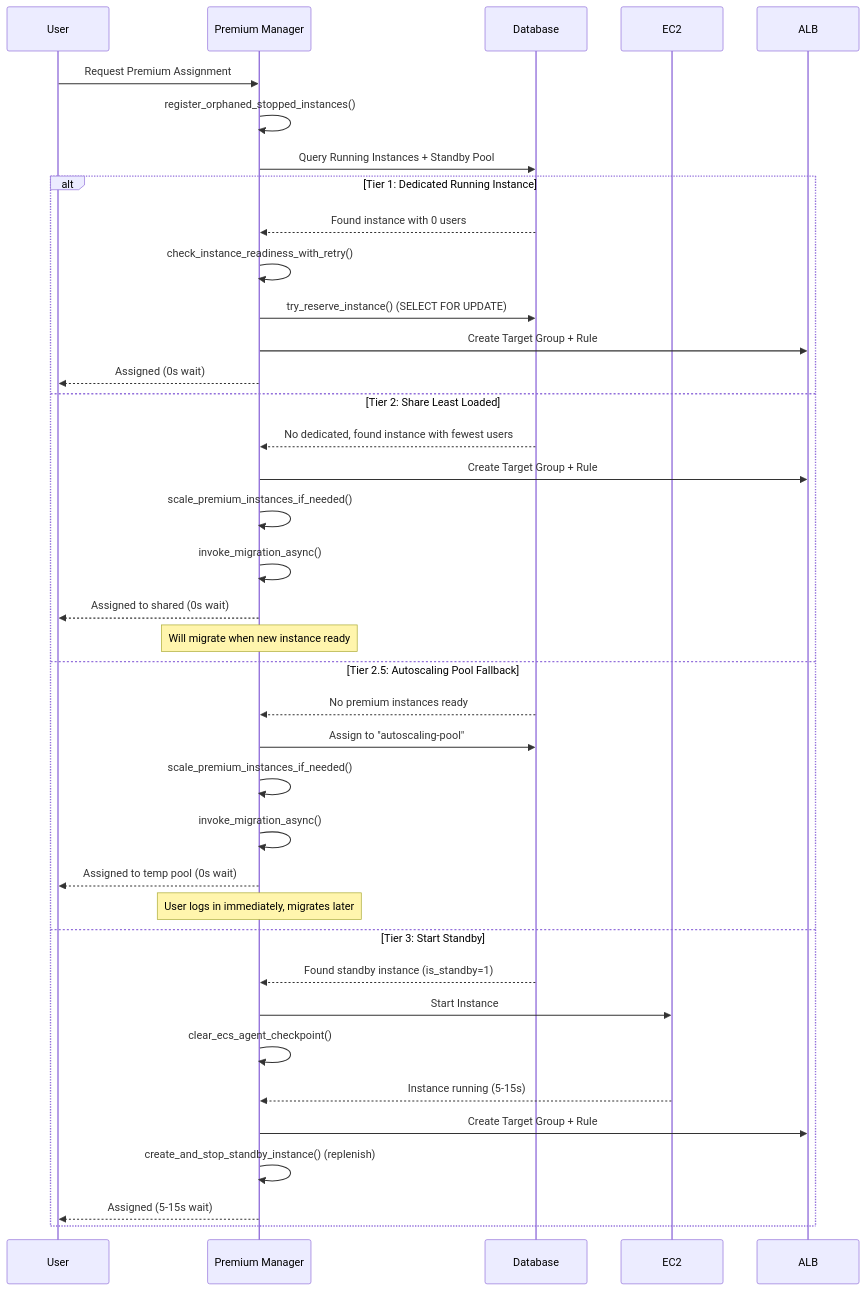
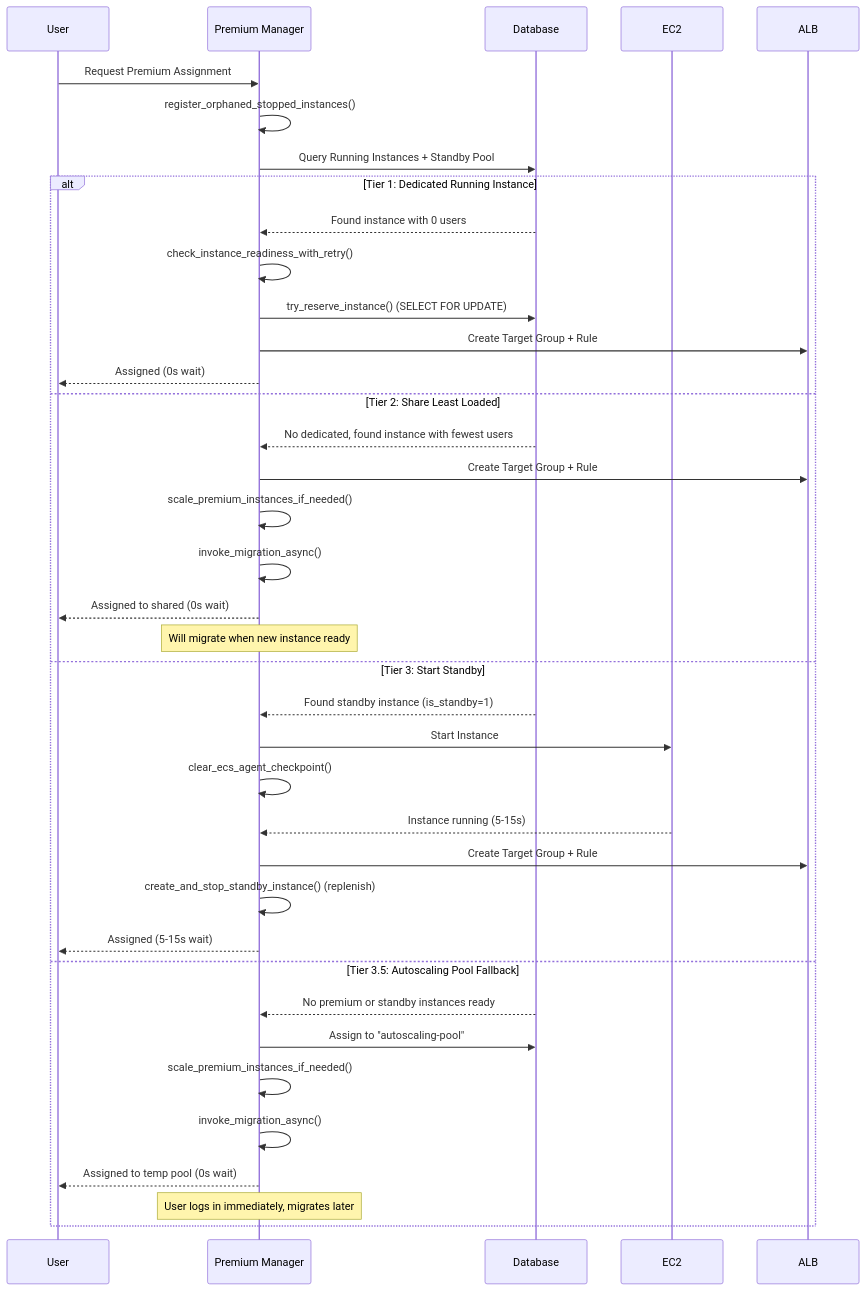
Before and after one commit to arayabrain/araya-optinist: the second of 4 diagrams in infrastructure/documentation/PREMIUM_USER_ASSIGNMENT.md, drawn with Mermaid. The commit also changed other lines of this file and 2 other files, not shown here.

Commit message:
Update Premium Manager

````diff
--- a/infrastructure/documentation/PREMIUM_USER_ASSIGNMENT.md
+++ b/infrastructure/documentation/PREMIUM_USER_ASSIGNMENT.md
@@ -94,42 +95,42 @@
 ```mermaid
 sequenceDiagram
     participant User
     participant PM as Premium Manager
     participant DB as Database
     participant EC2
     participant ALB
 
     User->>PM: Request Premium Assignment
     PM->>PM: register_orphaned_stopped_instances()
     PM->>DB: Query Running Instances + Standby Pool
 
     alt Tier 1: Dedicated Running Instance
         DB-->>PM: Found instance with 0 users
         PM->>PM: check_instance_readiness_with_retry()
         PM->>DB: try_reserve_instance() (SELECT FOR UPDATE)
         PM->>ALB: Create Target Group + Rule
         PM-->>User: Assigned (0s wait)
     else Tier 2: Share Least Loaded
         DB-->>PM: No dedicated, found instance with fewest users
         PM->>ALB: Create Target Group + Rule
         PM->>PM: scale_premium_instances_if_needed()
         PM->>PM: invoke_migration_async()
         PM-->>User: Assigned to shared (0s wait)
         Note over PM: Will migrate when new instance ready
-    else Tier 2.5: Autoscaling Pool Fallback
-        DB-->>PM: No premium instances ready
-        PM->>DB: Assign to "autoscaling-pool"
-        PM->>PM: scale_premium_instances_if_needed()
-        PM->>PM: invoke_migration_async()
-        PM-->>User: Assigned to temp pool (0s wait)
-        Note over PM: User logs in immediately, migrates later
     else Tier 3: Start Standby
         DB-->>PM: Found standby instance (is_standby=1)
         PM->>EC2: Start Instance
         PM->>PM: clear_ecs_agent_checkpoint()
         EC2-->>PM: Instance running (5-15s)
         PM->>ALB: Create Target Group + Rule
         PM->>PM: create_and_stop_standby_instance() (replenish)
         PM-->>User: Assigned (5-15s wait)
+    else Tier 3.5: Autoscaling Pool Fallback
+        DB-->>PM: No premium or standby instances ready
+        PM->>DB: Assign to "autoscaling-pool"
+        PM->>PM: scale_premium_instances_if_needed()
+        PM->>PM: invoke_migration_async()
+        PM-->>User: Assigned to temp pool (0s wait)
+        Note over PM: User logs in immediately, migrates later
     end
 ```
````
